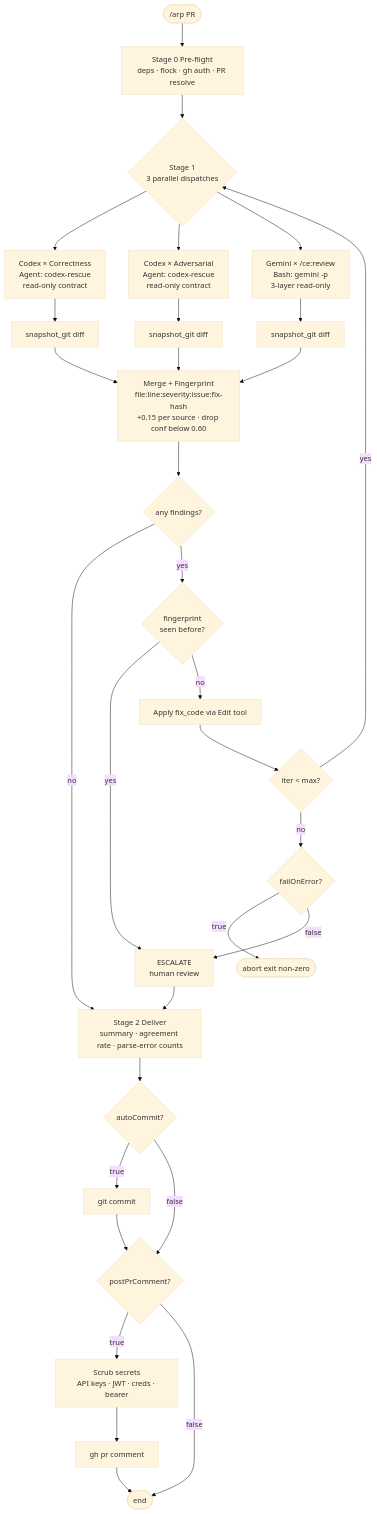
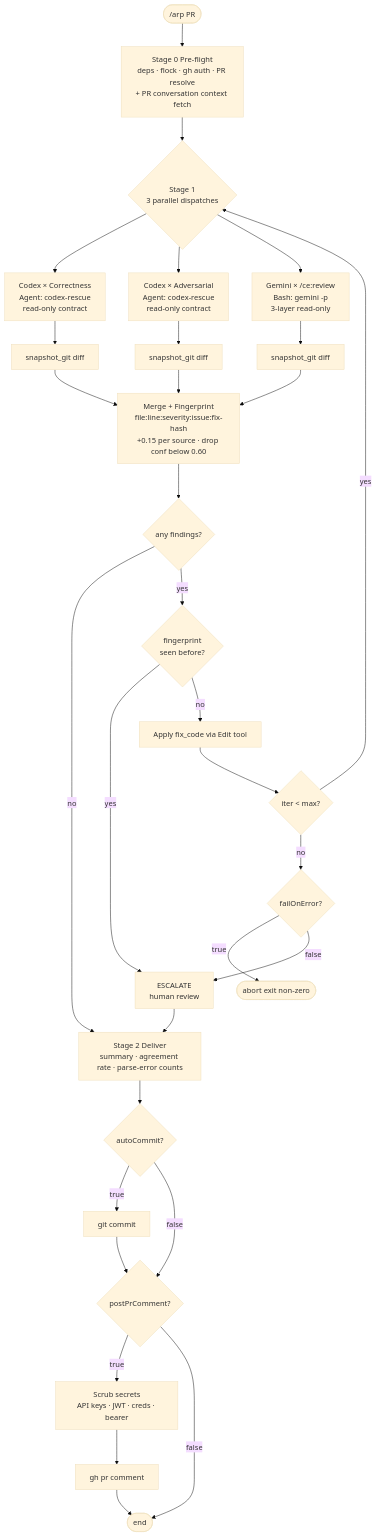
One commit to onchainyaotoshi/agent-review-pipeline changed the diagram in README.md. Above: the diagram before and after it, drawn with Mermaid (base theme). The commit also changed 6 other files, not shown here.

````diff
--- a/README.md
+++ b/README.md
@@ -16,39 +16,39 @@
 ```mermaid
 flowchart TD
-    Start([/arp PR]) --> Pre[Stage 0 Pre-flight<br/>deps · flock · gh auth · PR resolve]
+    Start([/arp PR]) --> Pre[Stage 0 Pre-flight<br/>deps · flock · gh auth · PR resolve<br/>+ PR conversation context fetch]
     Pre --> Disp{Stage 1<br/>3 parallel dispatches}
 
     Disp --> C1["Codex × Correctness<br/>Agent: codex-rescue<br/>read-only contract"]
     Disp --> C2["Codex × Adversarial<br/>Agent: codex-rescue<br/>read-only contract"]
     Disp --> G["Gemini × /ce:review<br/>Bash: gemini -p<br/>3-layer read-only"]
 
     C1 --> S1[snapshot_git diff]
     C2 --> S2[snapshot_git diff]
     G  --> S3[snapshot_git diff]
     S1 --> M
     S2 --> M
     S3 --> M
 
     M[Merge + Fingerprint<br/>file:line:severity:issue:fix-hash<br/>+0.15 per source · drop conf below 0.60]
     M --> L{any findings?}
     L -- no --> D
     L -- yes --> K{fingerprint<br/>seen before?}
     K -- yes --> E[ESCALATE<br/>human review]
     K -- no --> F[Apply fix_code via Edit tool]
     F --> I{iter < max?}
     I -- yes --> Disp
     I -- no --> FE{failOnError?}
     FE -- true --> Ab([abort exit non-zero])
     FE -- false --> E
     E --> D
 
     D[Stage 2 Deliver<br/>summary · agreement rate · parse-error counts]
     D --> AC{autoCommit?}
     AC -- true --> GC[git commit]
     AC -- false --> PC{postPrComment?}
     GC --> PC
     PC -- true --> SCR[Scrub secrets<br/>API keys · JWT · creds · bearer]
     SCR --> GH[gh pr comment]
     GH --> End([end])
     PC -- false --> End
 ```
````
